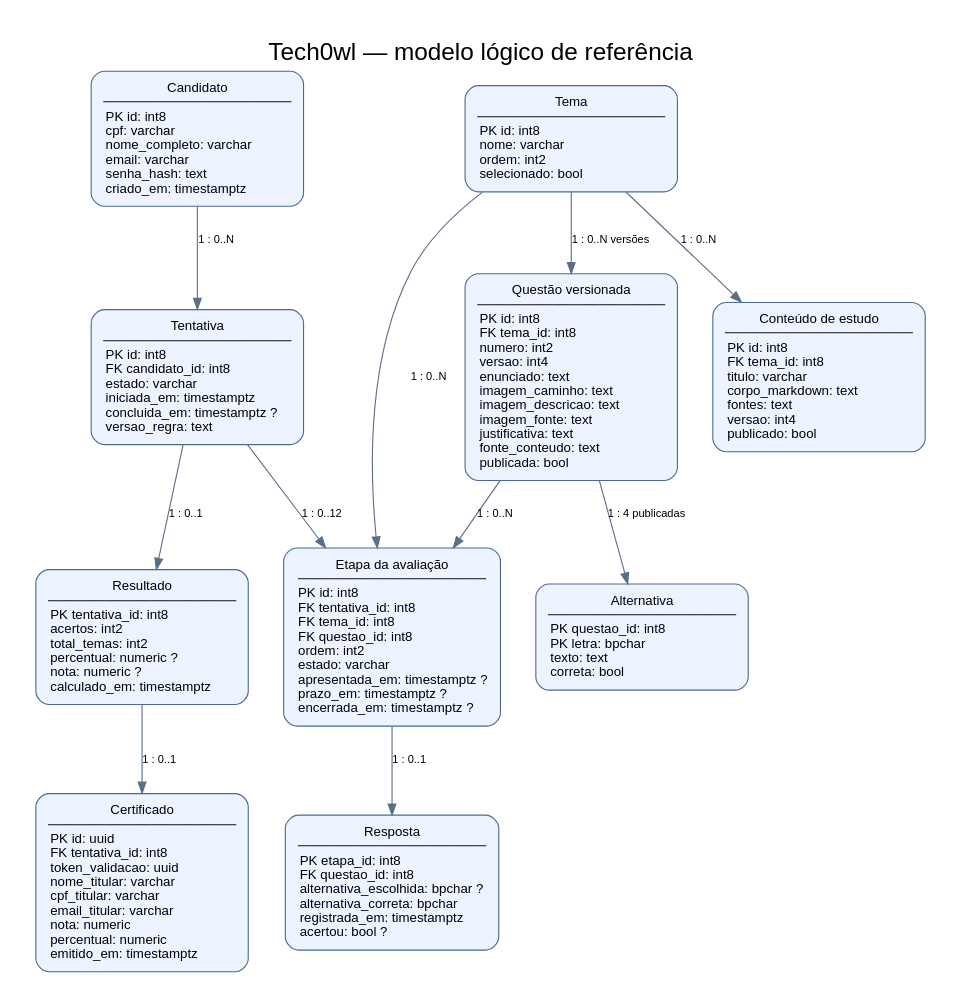
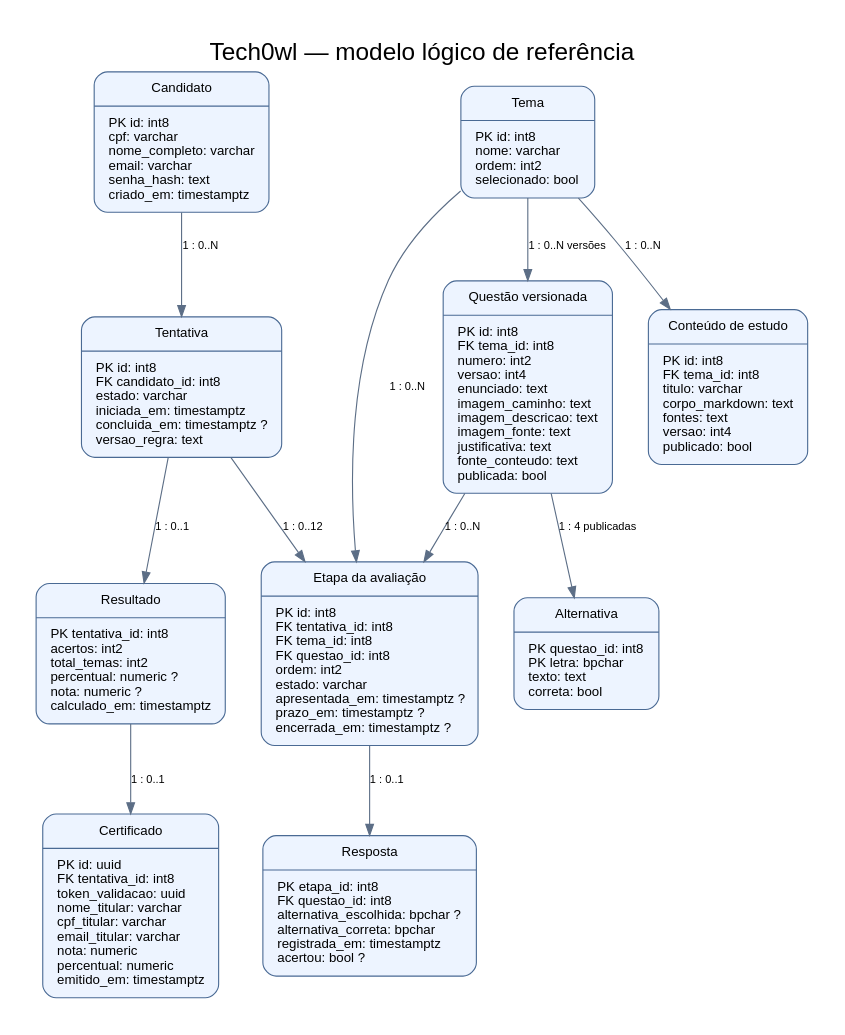
One commit to Tech0wl-2026/ABP-Tech0wl changed the diagram in docs/database/logico.dot. Above: the diagram before and after it, drawn with Graphviz. The commit also changed 19 other files, not shown here.

```diff
--- a/docs/database/logico.dot
+++ b/docs/database/logico.dot
@@ -1,25 +1,25 @@
 digraph Modelo {
  graph [rankdir=TB, bgcolor="white", pad="0.35", nodesep="0.45", ranksep="0.7", fontname="Arial", label="Tech0wl — modelo lógico de referência", labelloc=t, fontsize=22];
- node [shape=box, style="rounded,filled", fillcolor="#edf4ff", color="#4a6a94", fontname="Arial", fontsize=12, margin="0.18,0.12"];
+ node [shape=Mrecord, style="rounded,filled", fillcolor="#edf4ff", color="#4a6a94", fontname="Arial", fontsize=12, margin="0.18,0.12"];
  edge [fontname="Arial", fontsize=10, color="#5c6e86"];
- candidato [label="Candidato\n────────────────────\nPK id: int8\lcpf: varchar\lnome_completo: varchar\lemail: varchar\lsenha_hash: text\lcriado_em: timestamptz\l"];
- tema [label="Tema\n────────────────────\nPK id: int8\lnome: varchar\lordem: int2\lselecionado: bool\l"];
- conteudo_estudo [label="Conteúdo de estudo\n────────────────────\nPK id: int8\lFK tema_id: int8\ltitulo: varchar\lcorpo_markdown: text\lfontes: text\lversao: int4\lpublicado: bool\l"];
- questao [label="Questão versionada\n────────────────────\nPK id: int8\lFK tema_id: int8\lnumero: int2\lversao: int4\lenunciado: text\limagem_caminho: text\limagem_descricao: text\limagem_fonte: text\ljustificativa: text\lfonte_conteudo: text\lpublicada: bool\l"];
- alternativa [label="Alternativa\n────────────────────\nPK questao_id: int8\lPK letra: bpchar\ltexto: text\lcorreta: bool\l"];
- tentativa [label="Tentativa\n────────────────────\nPK id: int8\lFK candidato_id: int8\lestado: varchar\liniciada_em: timestamptz\lconcluida_em: timestamptz ?\lversao_regra: text\l"];
- etapa_avaliacao [label="Etapa da avaliação\n────────────────────\nPK id: int8\lFK tentativa_id: int8\lFK tema_id: int8\lFK questao_id: int8\lordem: int2\lestado: varchar\lapresentada_em: timestamptz ?\lprazo_em: timestamptz ?\lencerrada_em: timestamptz ?\l"];
- resposta [label="Resposta\n────────────────────\nPK etapa_id: int8\lFK questao_id: int8\lalternativa_escolhida: bpchar ?\lalternativa_correta: bpchar\lregistrada_em: timestamptz\lacertou: bool ?\l"];
- resultado [label="Resultado\n────────────────────\nPK tentativa_id: int8\lacertos: int2\ltotal_temas: int2\lpercentual: numeric ?\lnota: numeric ?\lcalculado_em: timestamptz\l"];
- certificado [label="Certificado\n────────────────────\nPK id: uuid\lFK tentativa_id: int8\ltoken_validacao: uuid\lnome_titular: varchar\lcpf_titular: varchar\lemail_titular: varchar\lnota: numeric\lpercentual: numeric\lemitido_em: timestamptz\l"];
+ candidato [label="{Candidato|PK id: int8\lcpf: varchar\lnome_completo: varchar\lemail: varchar\lsenha_hash: text\lcriado_em: timestamptz\l}"];
+ tema [label="{Tema|PK id: int8\lnome: varchar\lordem: int2\lselecionado: bool\l}"];
+ conteudo_estudo [label="{Conteúdo de estudo|PK id: int8\lFK tema_id: int8\ltitulo: varchar\lcorpo_markdown: text\lfontes: text\lversao: int4\lpublicado: bool\l}"];
+ questao [label="{Questão versionada|PK id: int8\lFK tema_id: int8\lnumero: int2\lversao: int4\lenunciado: text\limagem_caminho: text\limagem_descricao: text\limagem_fonte: text\ljustificativa: text\lfonte_conteudo: text\lpublicada: bool\l}"];
+ alternativa [label="{Alternativa|PK questao_id: int8\lPK letra: bpchar\ltexto: text\lcorreta: bool\l}"];
+ tentativa [label="{Tentativa|PK id: int8\lFK candidato_id: int8\lestado: varchar\liniciada_em: timestamptz\lconcluida_em: timestamptz ?\lversao_regra: text\l}"];
+ etapa_avaliacao [label="{Etapa da avaliação|PK id: int8\lFK tentativa_id: int8\lFK tema_id: int8\lFK questao_id: int8\lordem: int2\lestado: varchar\lapresentada_em: timestamptz ?\lprazo_em: timestamptz ?\lencerrada_em: timestamptz ?\l}"];
+ resposta [label="{Resposta|PK etapa_id: int8\lFK questao_id: int8\lalternativa_escolhida: bpchar ?\lalternativa_correta: bpchar\lregistrada_em: timestamptz\lacertou: bool ?\l}"];
+ resultado [label="{Resultado|PK tentativa_id: int8\lacertos: int2\ltotal_temas: int2\lpercentual: numeric ?\lnota: numeric ?\lcalculado_em: timestamptz\l}"];
+ certificado [label="{Certificado|PK id: uuid\lFK tentativa_id: int8\ltoken_validacao: uuid\lnome_titular: varchar\lcpf_titular: varchar\lemail_titular: varchar\lnota: numeric\lpercentual: numeric\lemitido_em: timestamptz\l}"];
  candidato -> tentativa [label="1 : 0..N"];
  tema -> conteudo_estudo [label="1 : 0..N"];
  tema -> questao [label="1 : 0..N versões"];
  questao -> alternativa [label="1 : 4 publicadas"];
  tentativa -> etapa_avaliacao [label="1 : 0..12"];
  tema -> etapa_avaliacao [label="1 : 0..N"];
  questao -> etapa_avaliacao [label="1 : 0..N"];
  etapa_avaliacao -> resposta [label="1 : 0..1"];
  tentativa -> resultado [label="1 : 0..1"];
  resultado -> certificado [label="1 : 0..1"];
 }
```
